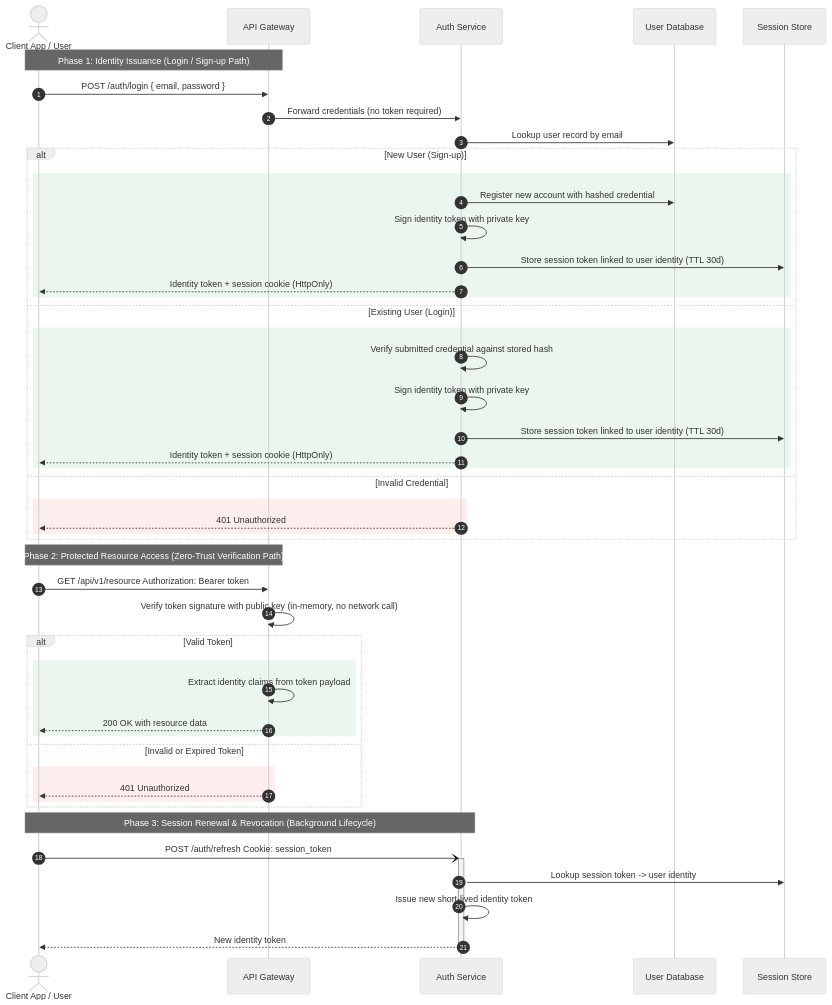
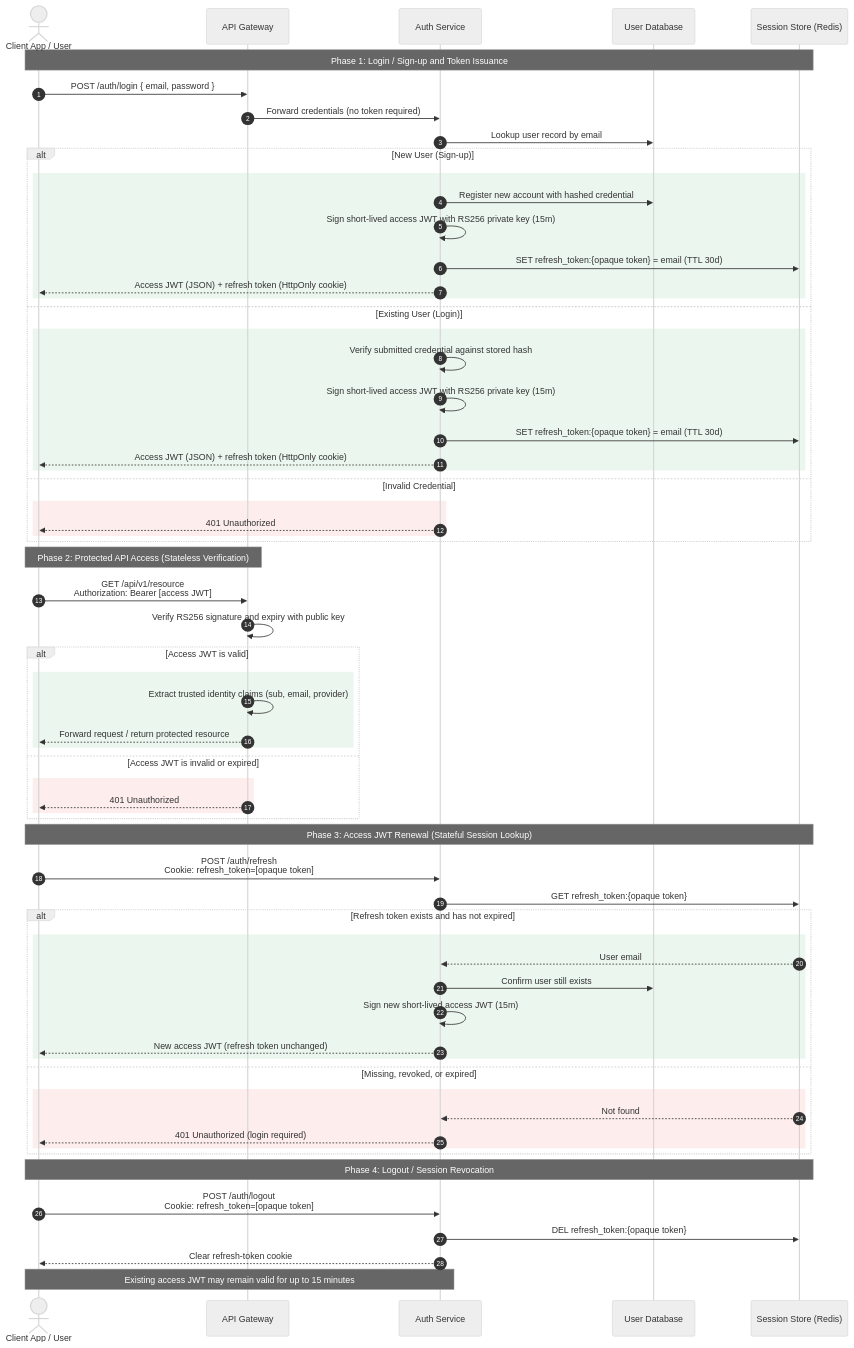
Before and after one commit to boycececil666gmailcom/Microservice-Auth-Platform: the first of 3 diagrams in README.md, drawn with Mermaid (neutral theme). The commit also changed 4 other files, not shown here.

````diff
--- a/README.md
+++ b/README.md
@@ -35,54 +35,70 @@
 ```mermaid
 sequenceDiagram
     autonumber
     actor C as Client App / User
     participant GW as API Gateway
     participant Auth as Auth Service
     participant PG as User Database
-    participant RD as Session Store
+    participant RD as Session Store (Redis)
 
-    Note over C, GW: Phase 1: Identity Issuance (Login / Sign-up Path)
+    Note over C,RD: Phase 1: Login / Sign-up and Token Issuance
     C->>GW: POST /auth/login { email, password }
     GW->>Auth: Forward credentials (no token required)
     Auth->>PG: Lookup user record by email
     alt New User (Sign-up)
         rect rgb(235, 247, 238)
             Auth->>PG: Register new account with hashed credential
-            Auth->>Auth: Sign identity token with private key
-            Auth->>RD: Store session token linked to user identity (TTL 30d)
-            Auth-->>C: Identity token + session cookie (HttpOnly)
+            Auth->>Auth: Sign short-lived access JWT with RS256 private key (15m)
+            Auth->>RD: SET refresh_token:{opaque token} = email (TTL 30d)
+            Auth-->>C: Access JWT (JSON) + refresh token (HttpOnly cookie)
         end
     else Existing User (Login)
         rect rgb(235, 247, 238)
             Auth->>Auth: Verify submitted credential against stored hash
-            Auth->>Auth: Sign identity token with private key
-            Auth->>RD: Store session token linked to user identity (TTL 30d)
-            Auth-->>C: Identity token + session cookie (HttpOnly)
+            Auth->>Auth: Sign short-lived access JWT with RS256 private key (15m)
+            Auth->>RD: SET refresh_token:{opaque token} = email (TTL 30d)
+            Auth-->>C: Access JWT (JSON) + refresh token (HttpOnly cookie)
         end
     else Invalid Credential
         rect rgb(253, 237, 237)
             Auth-->>C: 401 Unauthorized
         end
     end
 
-    Note over C, GW: Phase 2: Protected Resource Access (Zero-Trust Verification Path)
-    C->>GW: GET /api/v1/resource  Authorization: Bearer token
-    GW->>GW: Verify token signature with public key (in-memory, no network call)
-    alt Valid Token
+    Note over C,GW: Phase 2: Protected API Access (Stateless Verification)
+    C->>GW: GET /api/v1/resource<br/>Authorization: Bearer [access JWT]
+    GW->>GW: Verify RS256 signature and expiry with public key
+    alt Access JWT is valid
         rect rgb(235, 247, 238)
-            GW->>GW: Extract identity claims from token payload
-            GW-->>C: 200 OK with resource data
+            GW->>GW: Extract trusted identity claims (sub, email, provider)
+            GW-->>C: Forward request / return protected resource
         end
-    else Invalid or Expired Token
+    else Access JWT is invalid or expired
         rect rgb(253, 237, 237)
             GW-->>C: 401 Unauthorized
         end
     end
 
-    Note over C, Auth: Phase 3: Session Renewal & Revocation (Background Lifecycle)
-    C-)+Auth: POST /auth/refresh  Cookie: session_token
-    Auth->>RD: Lookup session token -> user identity
-    Auth->>Auth: Issue new short-lived identity token
-    Auth-->>C: New identity token
-    deactivate Auth
+    Note over C,RD: Phase 3: Access JWT Renewal (Stateful Session Lookup)
+    C->>Auth: POST /auth/refresh<br/>Cookie: refresh_token=[opaque token]
+    Auth->>RD: GET refresh_token:{opaque token}
+    alt Refresh token exists and has not expired
+        rect rgb(235, 247, 238)
+            RD-->>Auth: User email
+            Auth->>PG: Confirm user still exists
+            Auth->>Auth: Sign new short-lived access JWT (15m)
+            Auth-->>C: New access JWT (refresh token unchanged)
+        end
+    else Missing, revoked, or expired
+        rect rgb(253, 237, 237)
+            RD-->>Auth: Not found
+            Auth-->>C: 401 Unauthorized (login required)
+        end
+    end
+
+    Note over C,RD: Phase 4: Logout / Session Revocation
+    C->>Auth: POST /auth/logout<br/>Cookie: refresh_token=[opaque token]
+    Auth->>RD: DEL refresh_token:{opaque token}
+    Auth-->>C: Clear refresh-token cookie
+    Note over C,Auth: Existing access JWT may remain valid for up to 15 minutes
 ```
````
